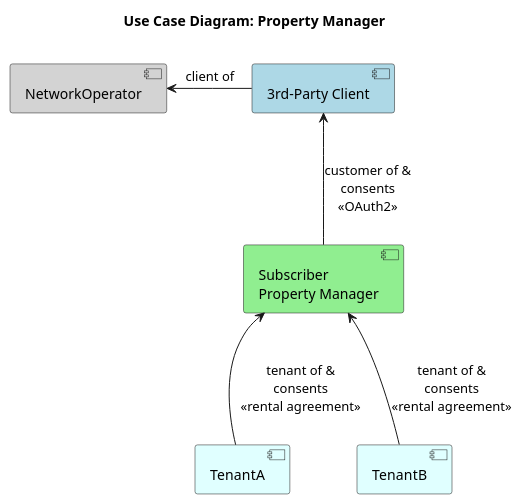
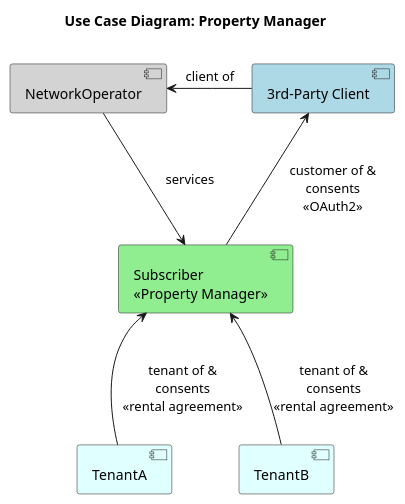
The first of 2 diagrams in APIBacklog/documentation/SupportingDocuments/others/cpe-management-api/use-case-property-manager.puml (camaraproject/WorkingGroups), drawn with PlantUML before and after one commit. The commit also changed 4 other files, not shown here.

```diff
--- a/APIBacklog/documentation/SupportingDocuments/others/cpe-management-api/use-case-property-manager.puml
+++ b/APIBacklog/documentation/SupportingDocuments/others/cpe-management-api/use-case-property-manager.puml
@@ -1,16 +1,18 @@
 @startuml
 title Use Case Diagram: Property Manager
 
 [3rd-Party Client] #LightBlue
 [NetworkOperator] #LightGray
-[Subscriber\nProperty Manager] #LightGreen
+[Subscriber\n<<Property Manager>>] #LightGreen
 [TenantA] #LightCyan
 [TenantB] #LightCyan
 
 [3rd-Party Client] -left-> [NetworkOperator]: \nclient of
-[3rd-Party Client] <-down- [Subscriber\nProperty Manager]: \ncustomer of &\nconsents\n<<OAuth2>>
+[3rd-Party Client] <-down- [Subscriber\n<<Property Manager>>]: \ncustomer of &\nconsents\n<<OAuth2>>
 
-[Subscriber\nProperty Manager] <-down- [TenantA]: \ntenant of &\nconsents\n<<rental agreement>>
-[Subscriber\nProperty Manager] <-down- [TenantB]: \ntenant of &\nconsents\n<<rental agreement>>
+[Subscriber\n<<Property Manager>>] <-down- [TenantA]: \ntenant of &\nconsents\n<<rental agreement>>
+[Subscriber\n<<Property Manager>>] <-down- [TenantB]: \ntenant of &\nconsents\n<<rental agreement>>
+
+[NetworkOperator] -> [Subscriber\n<<Property Manager>>]: services
 
 @enduml
```
